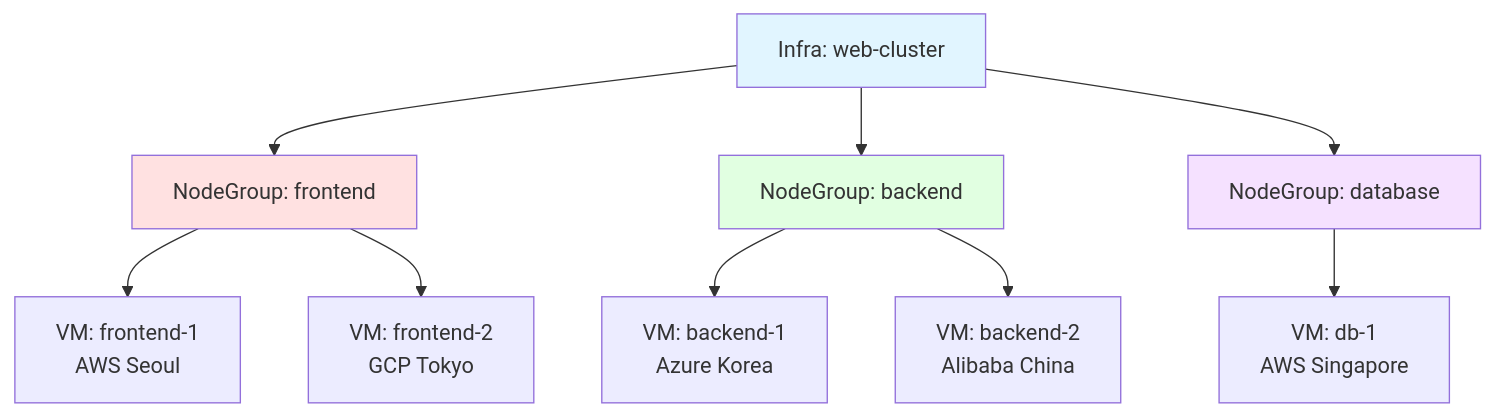
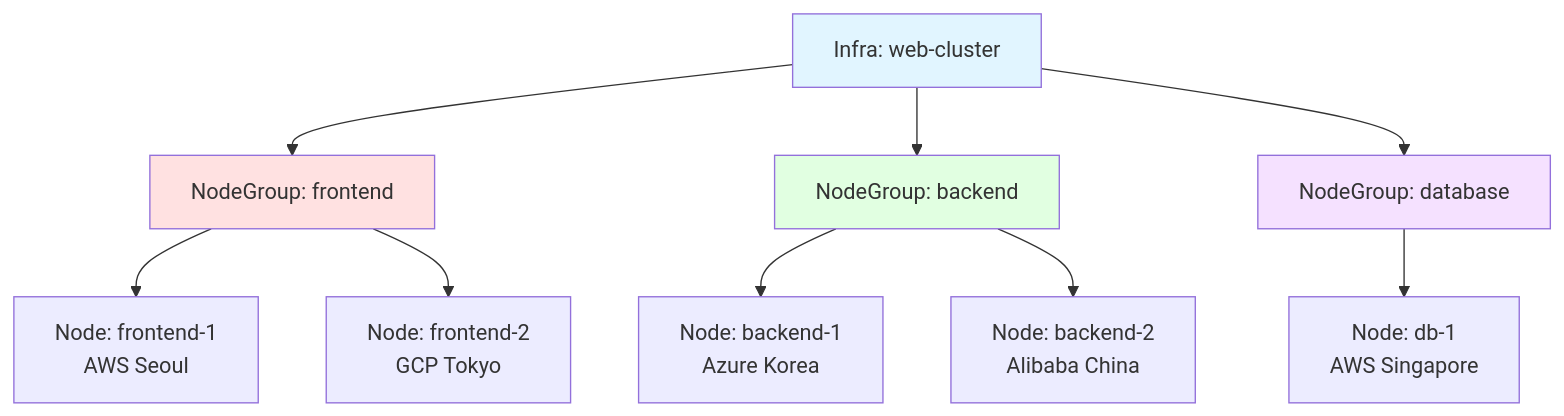
One commit to cloud-barista/cb-tumblebug changed the fourth of 10 diagrams in docs/feature_guide/namespace-and-resource-identity.md. Above: the diagram before and after it, drawn with Mermaid. The commit also changed other lines of this file and 81 other files, not shown here.

````diff
--- a/docs/feature_guide/namespace-and-resource-identity.md
+++ b/docs/feature_guide/namespace-and-resource-identity.md
@@ -159,25 +159,25 @@
 ```mermaid
 graph TB
     Infra[Infra: web-cluster]
     
     SG1[NodeGroup: frontend]
     SG2[NodeGroup: backend]
     SG3[NodeGroup: database]
     
     Infra --> SG1
     Infra --> SG2
     Infra --> SG3
     
-    SG1 --> VM1[VM: frontend-1<br/>AWS Seoul]
-    SG1 --> VM2[VM: frontend-2<br/>GCP Tokyo]
+    SG1 --> VM1[Node: frontend-1<br/>AWS Seoul]
+    SG1 --> VM2[Node: frontend-2<br/>GCP Tokyo]
     
-    SG2 --> VM3[VM: backend-1<br/>Azure Korea]
-    SG2 --> VM4[VM: backend-2<br/>Alibaba China]
+    SG2 --> VM3[Node: backend-1<br/>Azure Korea]
+    SG2 --> VM4[Node: backend-2<br/>Alibaba China]
     
-    SG3 --> VM5[VM: db-1<br/>AWS Singapore]
+    SG3 --> VM5[Node: db-1<br/>AWS Singapore]
     
     style Infra fill:#e1f5ff
     style SG1 fill:#ffe1e1
     style SG2 fill:#e1ffe1
     style SG3 fill:#f5e1ff
 ```
````
